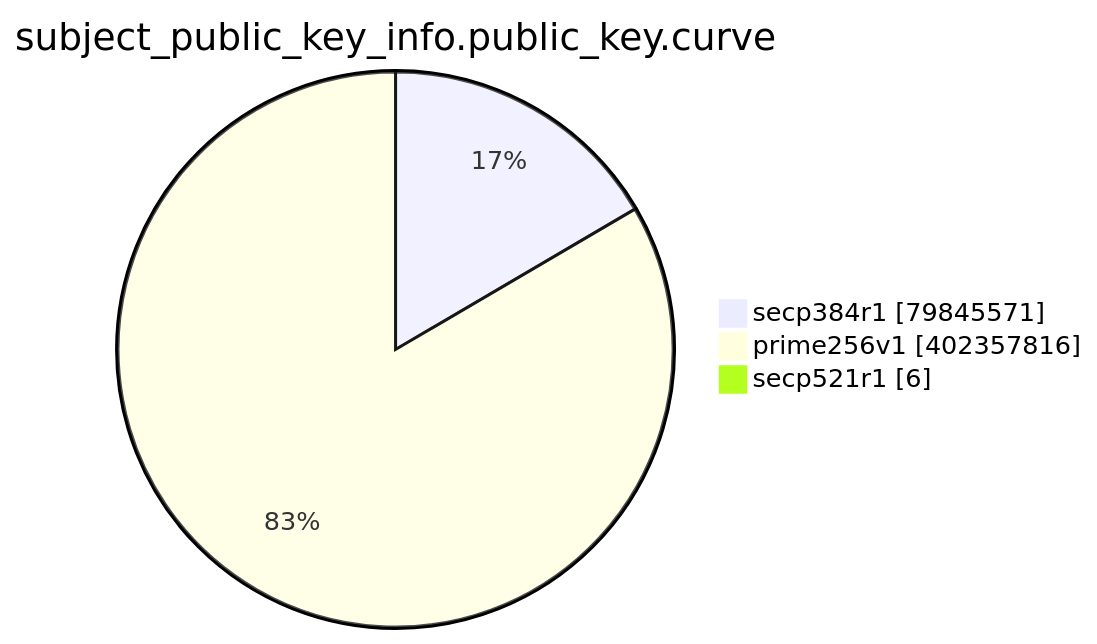
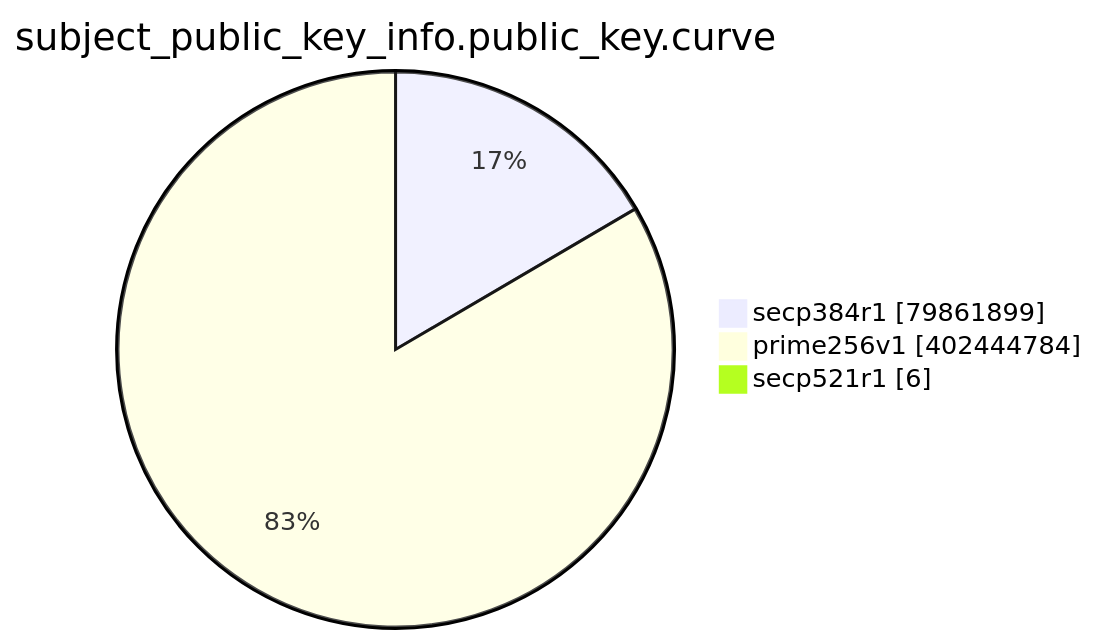
The eighth of 15 diagrams in TOTAL/README.md (christiankrug/ctmonitor_visualization), drawn with Mermaid before and after one commit. The commit also changed other lines of this file, not shown here.

````diff
--- a/TOTAL/README.md
+++ b/TOTAL/README.md
@@ -3095,7 +3095,7 @@
 ```mermaid
 pie showData
 title subject_public_key_info.public_key.curve
-"secp384r1" :79845571
-"prime256v1" :402357816
+"secp384r1" :79861899
+"prime256v1" :402444784
 "secp521r1" :6
 ```
````
